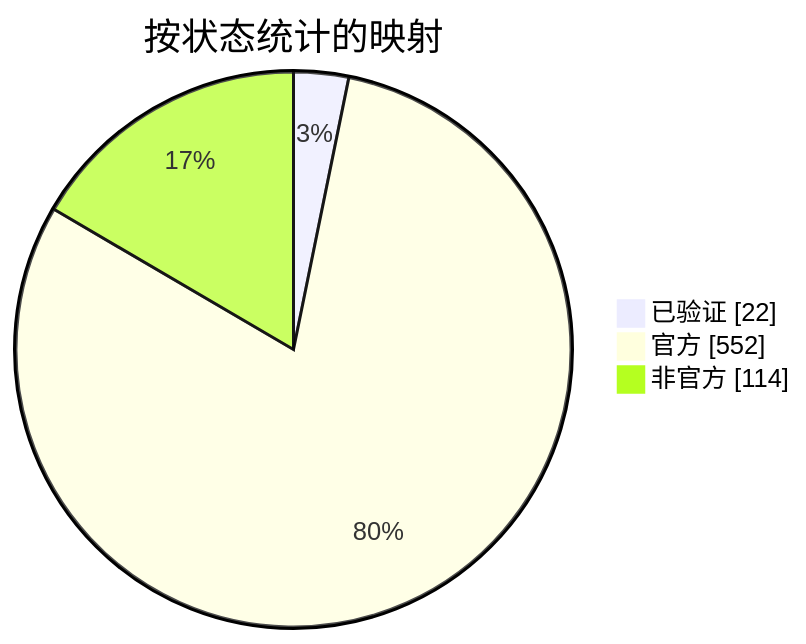
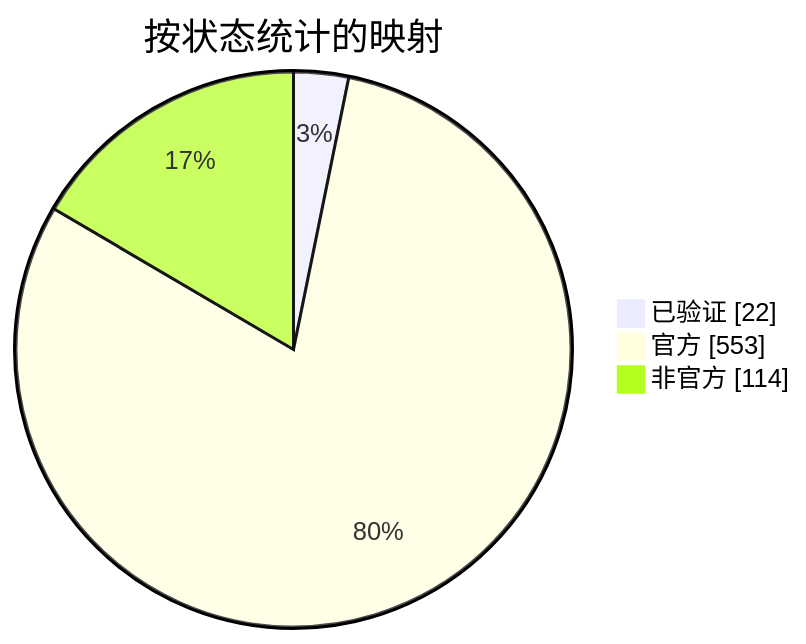
One commit to nobrega8/mbmap-library changed the diagram in docs/readme/README_ZHS.md. Above: the diagram before and after it, drawn with Mermaid. The commit also changed 6 other files, not shown here.

````diff
--- a/docs/readme/README_ZHS.md
+++ b/docs/readme/README_ZHS.md
@@ -54,7 +54,7 @@
 ```mermaid
 pie showData
     title 按状态统计的映射
     "已验证" : 22
-    "官方" : 552
+    "官方" : 553
     "非官方" : 114
 ```
````
